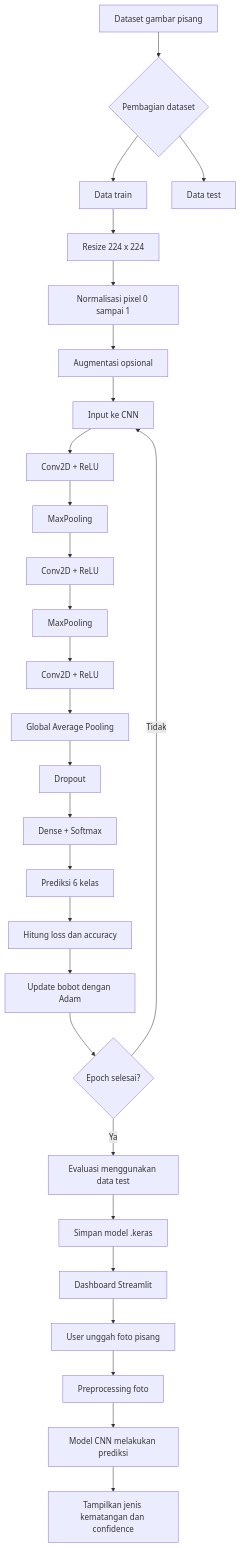
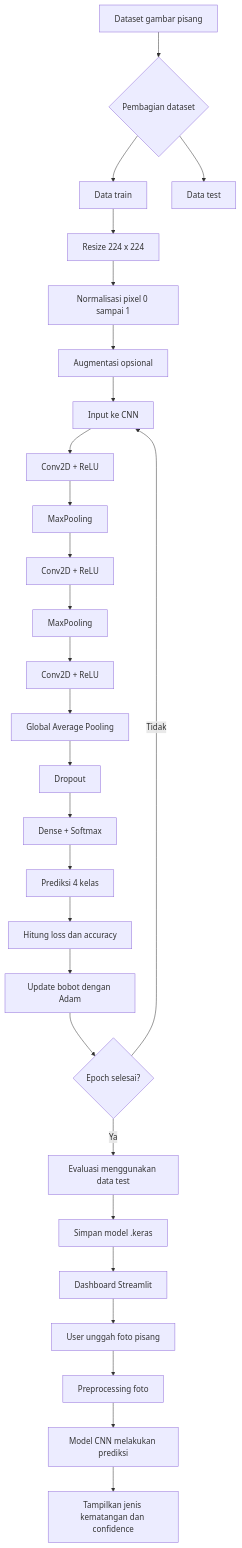
One commit to SoviaLearner/bananasense changed the diagram in docs/flowchart-cnn.md. Above: the diagram before and after it, drawn with Mermaid. The commit also changed other lines of this file, not shown here.

Commit message:
docs: align flowchart with dataset classes

````diff
--- a/docs/flowchart-cnn.md
+++ b/docs/flowchart-cnn.md
@@ -5,34 +5,34 @@
 ```mermaid
 flowchart TD
     A[Dataset gambar pisang] --> B{Pembagian dataset}
     B --> C[Data train]
     B --> D[Data test]
 
     C --> E[Resize 224 x 224]
     E --> F[Normalisasi pixel 0 sampai 1]
     F --> G[Augmentasi opsional]
     G --> H[Input ke CNN]
 
     H --> I[Conv2D + ReLU]
     I --> J[MaxPooling]
     J --> K[Conv2D + ReLU]
     K --> L[MaxPooling]
     L --> M[Conv2D + ReLU]
     M --> N[Global Average Pooling]
     N --> O[Dropout]
     O --> P[Dense + Softmax]
-    P --> Q[Prediksi 6 kelas]
+    P --> Q[Prediksi 4 kelas]
 
     Q --> R[Hitung loss dan accuracy]
     R --> S[Update bobot dengan Adam]
     S --> T{Epoch selesai?}
     T -- Tidak --> H
     T -- Ya --> U[Evaluasi menggunakan data test]
     U --> V[Simpan model .keras]
 
     V --> W[Dashboard Streamlit]
     W --> X[User unggah foto pisang]
     X --> Y[Preprocessing foto]
     Y --> Z[Model CNN melakukan prediksi]
     Z --> AA[Tampilkan jenis kematangan dan confidence]
 ```
````
